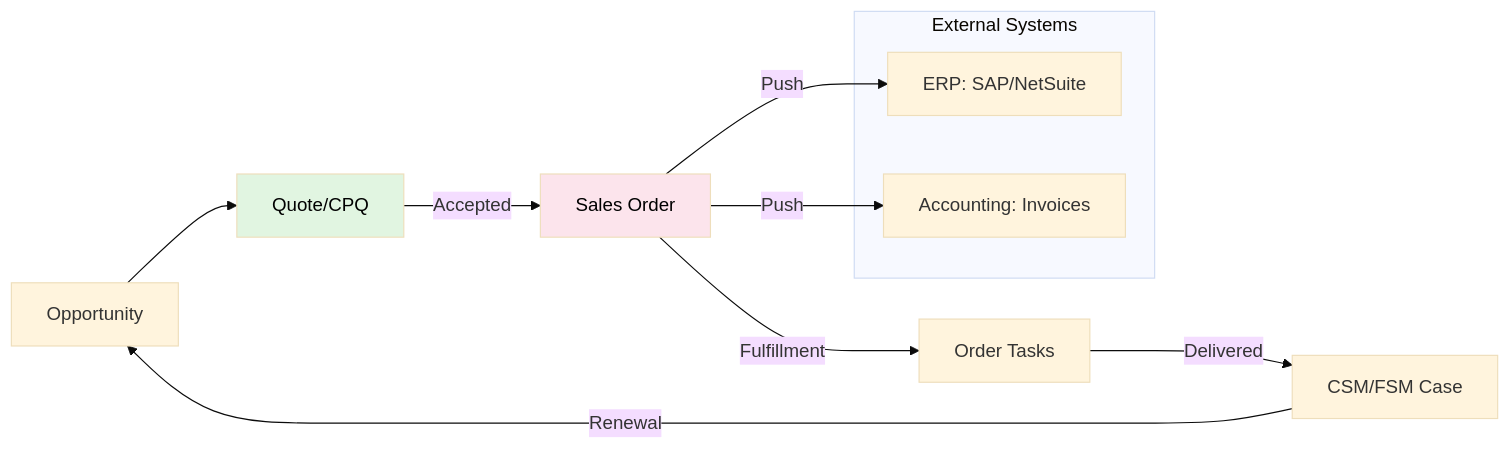
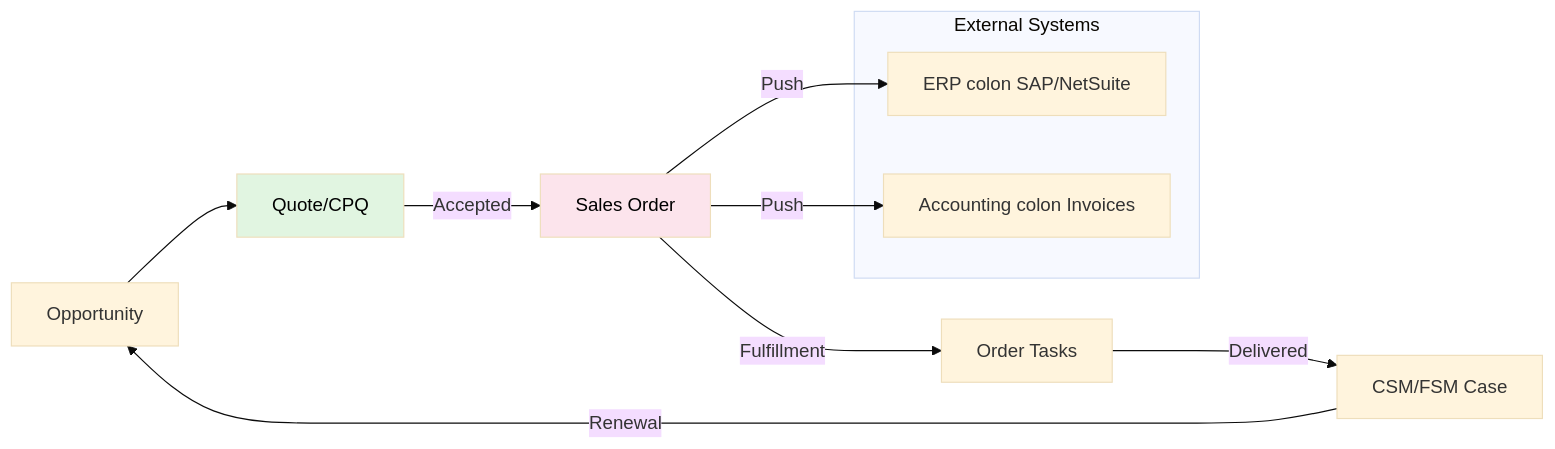
The fourth of 7 diagrams in docs/modules/sales-crm/sales-crm-guide.md (eltonaguiar/ServiceNow_Learning_TSOM-_CSM_FSM_SalesCRM_HAM_ITSM), drawn with Mermaid (base theme) before and after one commit. The commit also changed other lines of this file and 19 other files, not shown here.

Commit message:
Fix all Mermaid diagram special characters - replace dollar, parens, slashes, quotes, pipes, nested brackets and other unsafe chars inside brackets with safe alternatives across 19 files

````diff
--- a/docs/modules/sales-crm/sales-crm-guide.md
+++ b/docs/modules/sales-crm/sales-crm-guide.md
@@ -745,19 +745,19 @@
 ```mermaid
 graph LR
     Opp[Opportunity] --> Quote[Quote/CPQ]
     Quote -->|Accepted| Order[Sales Order]
     Order -->|Fulfillment| Fulfill[Order Tasks]
     Fulfill -->|Delivered| Service[CSM/FSM Case]
     Service -->|Renewal| Opp
 
     subgraph External_Systems [External Systems]
-        ERP[ERP: SAP/NetSuite]
-        Acct[Accounting: Invoices]
+        ERP[ERP colon  SAP/NetSuite]
+        Acct[Accounting colon  Invoices]
     end
 
     Order -->|Push| ERP
     Order -->|Push| Acct
 
     style Quote fill:#e1f5e1,color:#000
     style Order fill:#fce4ec,color:#000
 ```
````
